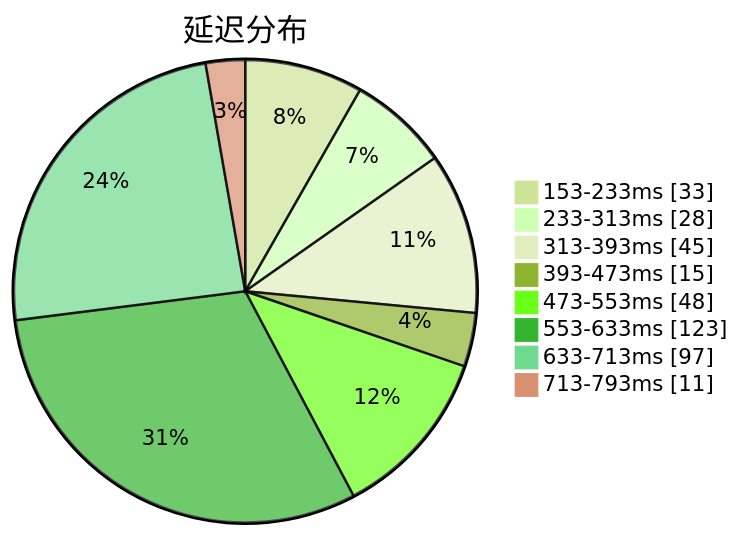
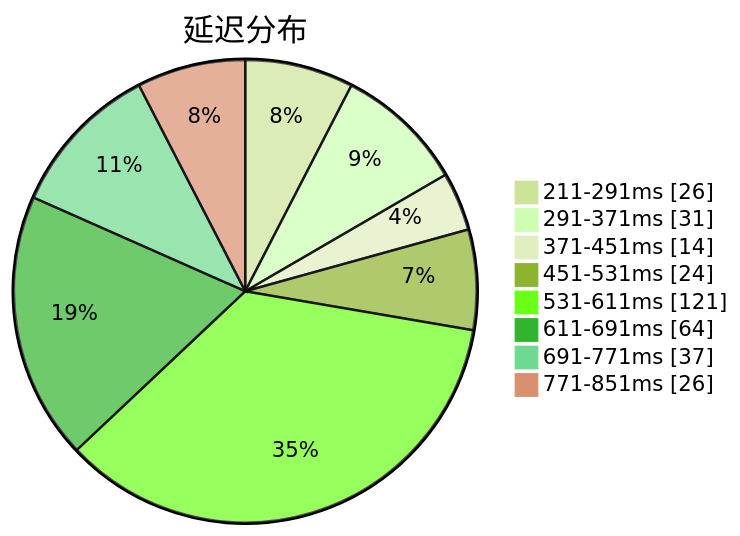
Before and after one commit to qjlxg/airport: the first of 3 diagrams in subs/statistics/tested_within.md, drawn with Mermaid (forest theme). The commit also changed other lines of this file and 2 other files, not shown here.

Commit message:
Tested by metaST

````diff
--- a/subs/statistics/tested_within.md
+++ b/subs/statistics/tested_within.md
@@ -2,12 +2,12 @@
 ```mermaid
 pie showData
 title 延迟分布
-"153-233ms" : 33
-"233-313ms" : 28
-"313-393ms" : 45
-"393-473ms" : 15
-"473-553ms" : 48
-"553-633ms" : 123
-"633-713ms" : 97
-"713-793ms" : 11
+"211-291ms" : 26
+"291-371ms" : 31
+"371-451ms" : 14
+"451-531ms" : 24
+"531-611ms" : 121
+"611-691ms" : 64
+"691-771ms" : 37
+"771-851ms" : 26
 ```
````
